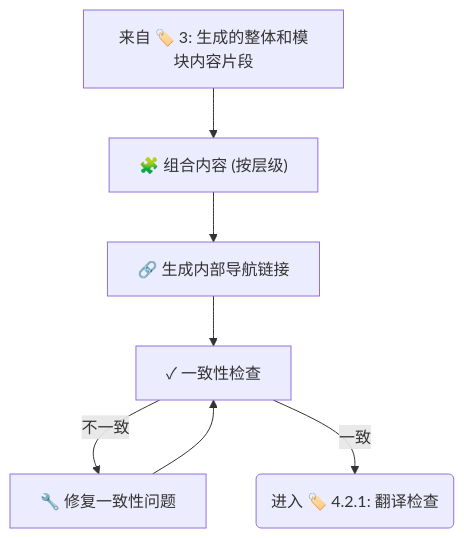
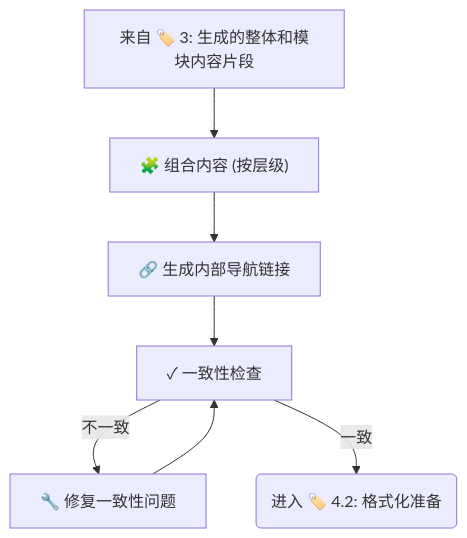
Before and after one commit to lws2004/codebase-knowledge-builder: the eighth of 14 diagrams in docs/design.md, drawn with Mermaid. The commit also changed other lines of this file and 79 other files, not shown here.

````diff
--- a/docs/design.md
+++ b/docs/design.md
@@ -279,10 +279,10 @@
 ```mermaid
 flowchart TD
     Input["来自 🏷️ 3: 生成的整体和模块内容片段"]
     Input --> Combine["🧩 组合内容 (按层级)"];
     Combine --> GenerateNavLinks["🔗 生成内部导航链接"];
     GenerateNavLinks --> ConsistencyCheck["✓ 一致性检查"];
     ConsistencyCheck -- 不一致 --> FixConsistency["🔧 修复一致性问题"];
-    ConsistencyCheck -- 一致 --> Stage4_2_1_Input("进入 🏷️ 4.2.1: 翻译检查");
+    ConsistencyCheck -- 一致 --> Stage4_2_1_Input("进入 🏷️ 4.2: 格式化准备");
     FixConsistency --> ConsistencyCheck;
 ```
````
